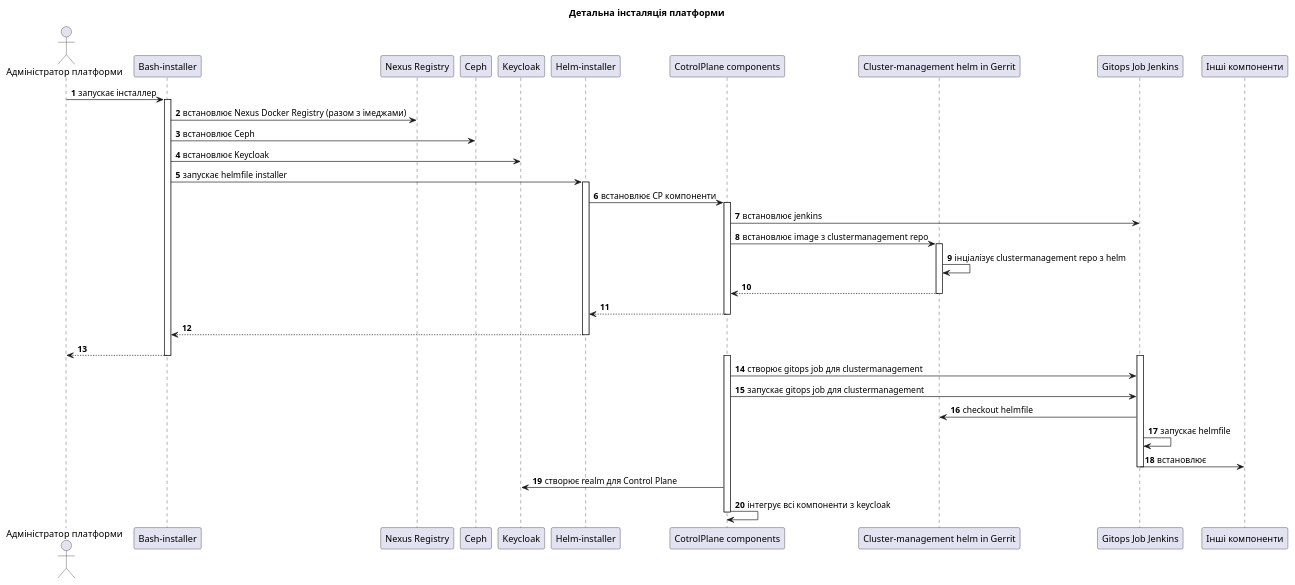
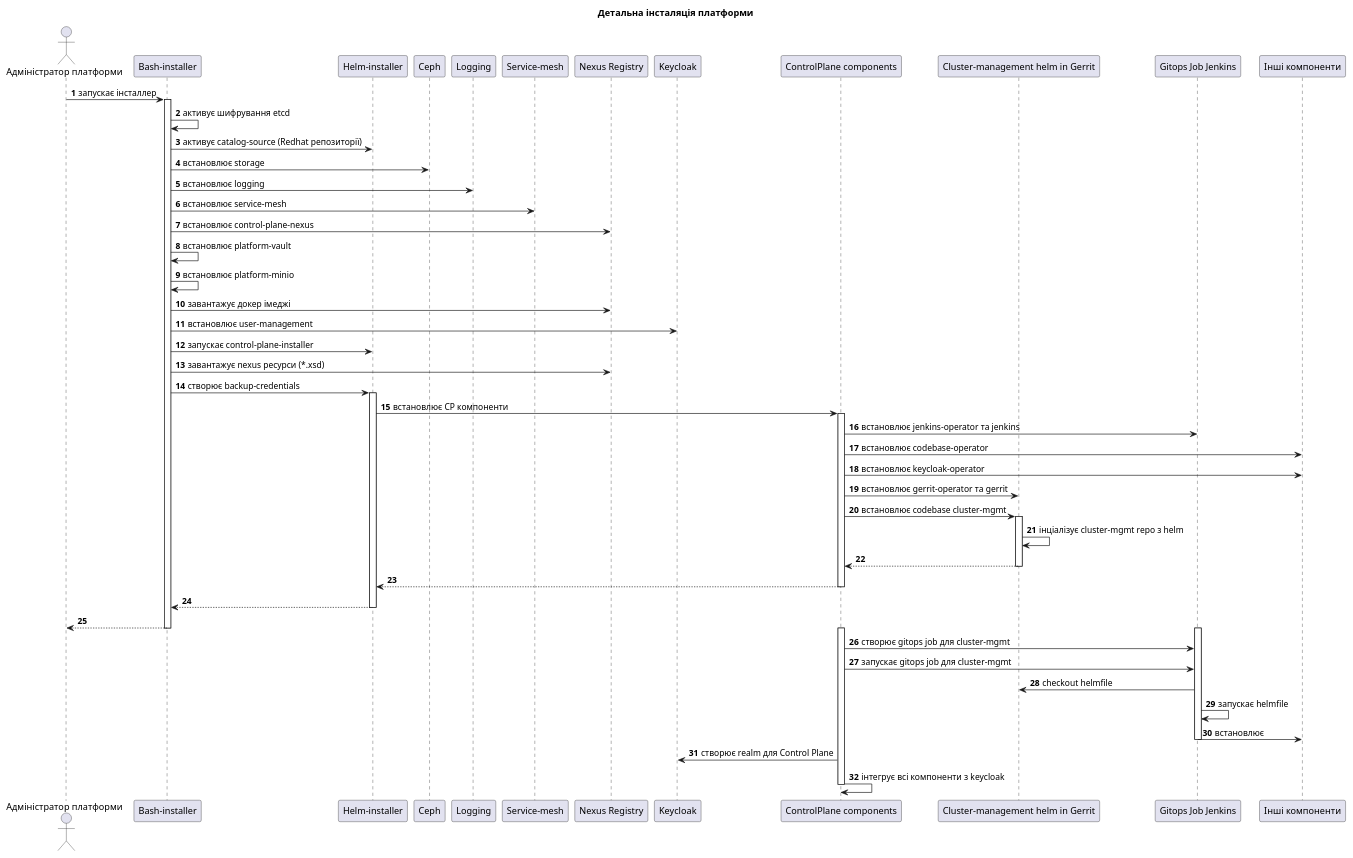
The diagram in modules/ROOT/partials/infrastructure/ddm-control-plane-installation-details.puml (epam/edp-ddm-architecture), drawn with PlantUML before and after one commit. The commit also changed 2 other files, not shown here.

Commit message:
[MDTUDDM-6766] updated flows

```diff
--- a/modules/ROOT/partials/infrastructure/ddm-control-plane-installation-details.puml
+++ b/modules/ROOT/partials/infrastructure/ddm-control-plane-installation-details.puml
@@ -1,45 +1,59 @@
 @startuml
 actor "Адміністратор платформи" as admin  order 10
 participant "Bash-installer" as bashInstaller  order 20
-participant "Nexus Registry" as nexus  order 30
-participant "Ceph" as ceph  order 30
-participant "Keycloak" as keycloak  order 40
-participant "Helm-installer" as installer  order 50
-participant "CotrolPlane components" as cp  order 60
+participant "Helm-installer" as installer  order 30
+participant "Ceph" as ceph order 40
+participant "Logging" as logging order 45
+participant "Service-mesh" as servicemesh order 46
+participant "Nexus Registry" as nexus order 50
+participant "Keycloak" as keycloak  order 58
+participant "ControlPlane components" as cp  order 60
 participant "Cluster-management helm in Gerrit" as gerrit  order 70
 participant "Gitops Job Jenkins" as jenkins  order 80
 participant "Інші компоненти" as other  order 90
 
 title Детальна інсталяція платформи
 autonumber
 
 admin -> bashInstaller: запускає інсталлер
 activate bashInstaller
-    bashInstaller -> nexus: встановлює Nexus Docker Registry (разом з імеджами)
-    bashInstaller -> ceph: встановлює Ceph
-    bashInstaller -> keycloak: встановлює Keycloak
-    bashInstaller -> installer: запускає helmfile installer
+    bashInstaller -> bashInstaller: активує шифрування etcd
+    bashInstaller -> installer: активує catalog-source (Redhat репозиторії)
+    bashInstaller -> ceph: встановлює storage
+    bashInstaller -> logging: встановлює logging
+    bashInstaller -> servicemesh: встановлює service-mesh
+    bashInstaller -> nexus: встановлює control-plane-nexus
+    bashInstaller -> bashInstaller: встановлює platform-vault
+    bashInstaller -> bashInstaller: встановлює platform-minio
+    bashInstaller -> nexus: завантажує докер імеджі
+    bashInstaller -> keycloak: встановлює user-management
+    bashInstaller -> installer: запускає control-plane-installer
+    bashInstaller -> nexus: завантажує nexus ресурси (*.xsd)
+    bashInstaller -> installer: створює backup-credentials
     activate installer
         installer -> cp: встановлює CP компоненти
         activate cp
-            cp -> jenkins: встановлює jenkins
-            cp -> gerrit: встановлює image з clustermanagement repo
+            cp -> jenkins: встановлює jenkins-operator та jenkins
+            cp -> other: встановлює codebase-operator
+            cp -> other: встановлює keycloak-operator
+            cp -> gerrit: встановлює gerrit-operator та gerrit
+            cp -> gerrit: встановлює codebase cluster-mgmt
             activate gerrit
-                gerrit -> gerrit: інціалізує clustermanagement repo з helm
+                gerrit -> gerrit: інціалізує cluster-mgmt repo з helm
             return
         return
     return
 return
 activate cp
   activate jenkins
-    cp -> jenkins: створює gitops job для clustermanagement
-    cp -> jenkins: запускає gitops job для clustermanagement
+    cp -> jenkins: створює gitops job для cluster-mgmt
+    cp -> jenkins: запускає gitops job для cluster-mgmt
     jenkins -> gerrit: checkout helmfile
     jenkins -> jenkins: запускає helmfile
     jenkins -> other: встановлює
   deactivate jenkins
   cp -> keycloak: створює realm для Control Plane
   cp -> cp: інтегрує всі компоненти з keycloak
 deactivate cp
 
 @enduml
```
